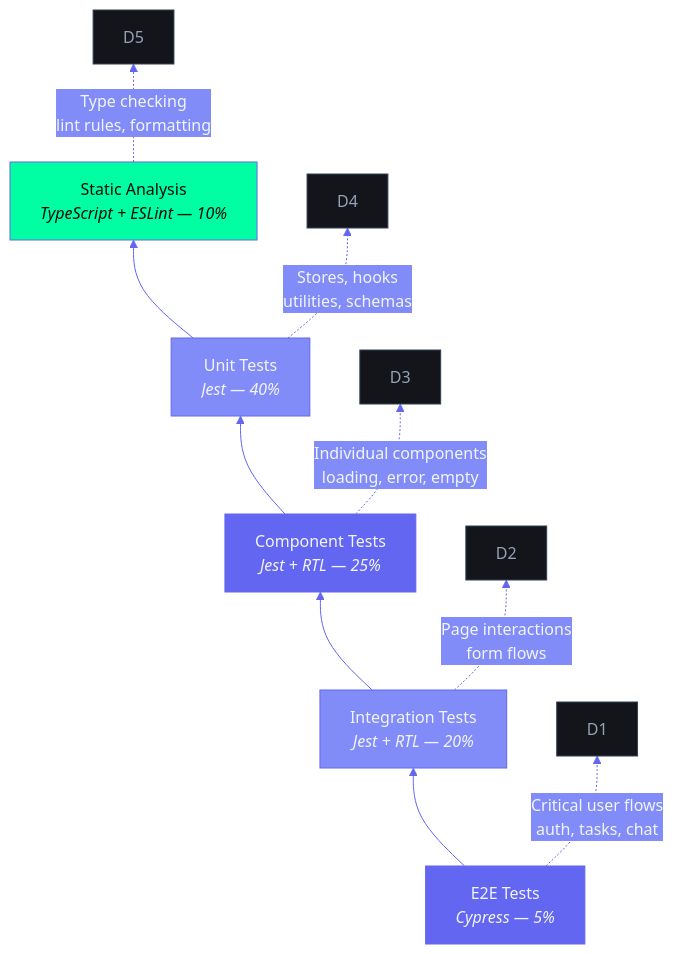
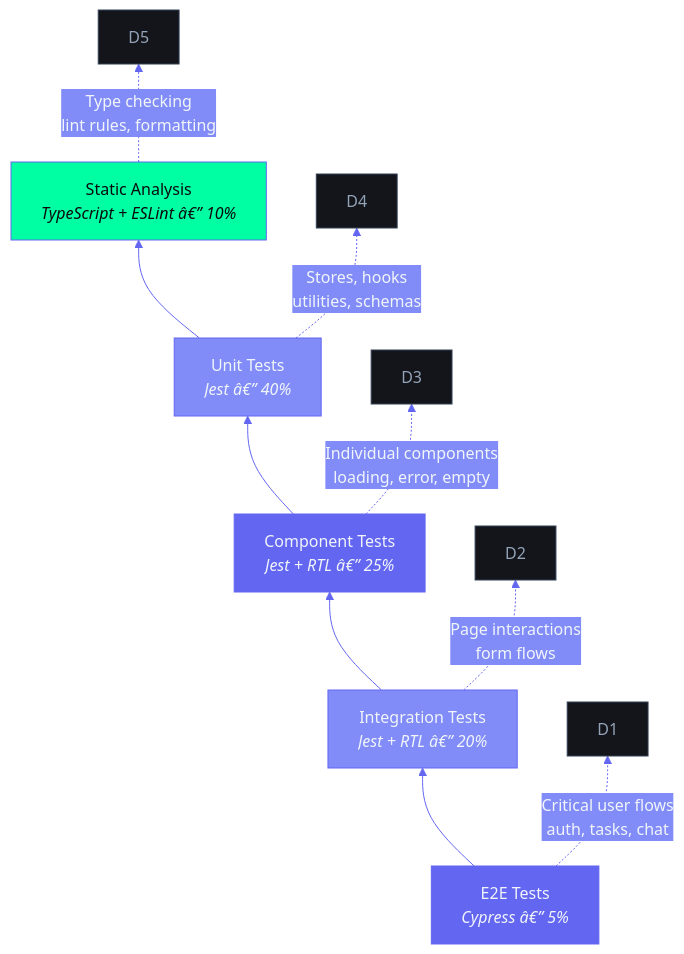
Before and after one commit to rohitkumarnaidu/ARIA-OS---SecondBrain-: the diagram in docs/engineering/FrontendTestingStrategy.md, drawn with Mermaid. The commit also changed other lines of this file and 3 other files, not shown here.

````diff
--- a/docs/engineering/FrontendTestingStrategy.md
+++ b/docs/engineering/FrontendTestingStrategy.md
@@ -93,40 +93,40 @@
 ```mermaid
 %%{
   init: {
     'theme': 'base',
     'themeVariables': {
       'background': '#0A0B0F',
       'primaryColor': '#6366F1',
       'secondaryColor': '#818CF8',
       'tertiaryColor': '#13151A',
       'primaryTextColor': '#F1F5F9',
       'lineColor': '#6366F1',
       'primaryBorderColor': '#6366F1',
       'secondaryBorderColor': '#818CF8',
       'tertiaryBorderColor': '#00FFA3'
     }
   }
 }%%
 graph BT
-    E2E["E2E Tests<br/><i>Cypress — 5%</i>"] --> INT["Integration Tests<br/><i>Jest + RTL — 20%</i>"]
-    INT --> COMP["Component Tests<br/><i>Jest + RTL — 25%</i>"]
-    COMP --> UNIT["Unit Tests<br/><i>Jest — 40%</i>"]
-    UNIT --> STATIC["Static Analysis<br/><i>TypeScript + ESLint — 10%</i>"]
+    E2E["E2E Tests<br/><i>Cypress â€” 5%</i>"] --> INT["Integration Tests<br/><i>Jest + RTL â€” 20%</i>"]
+    INT --> COMP["Component Tests<br/><i>Jest + RTL â€” 25%</i>"]
+    COMP --> UNIT["Unit Tests<br/><i>Jest â€” 40%</i>"]
+    UNIT --> STATIC["Static Analysis<br/><i>TypeScript + ESLint â€” 10%</i>"]
 
     E2E -.->|"Critical user flows<br/>auth, tasks, chat"| D1
     INT -.->|"Page interactions<br/>form flows"| D2
     COMP -.->|"Individual components<br/>loading, error, empty"| D3
     UNIT -.->|"Stores, hooks<br/>utilities, schemas"| D4
     STATIC -.->|"Type checking<br/>lint rules, formatting"| D5
 
     style E2E fill:#6366F1,color:#F1F5F9
     style INT fill:#818CF8,color:#F1F5F9
     style COMP fill:#6366F1,color:#F1F5F9
     style UNIT fill:#818CF8,color:#F1F5F9
     style STATIC fill:#00FFA3,color:#0A0B0F
     style D1 fill:#13151A,color:#94A3B8,stroke:#334155
     style D2 fill:#13151A,color:#94A3B8,stroke:#334155
     style D3 fill:#13151A,color:#94A3B8,stroke:#334155
     style D4 fill:#13151A,color:#94A3B8,stroke:#334155
     style D5 fill:#13151A,color:#94A3B8,stroke:#334155
 ```
````
